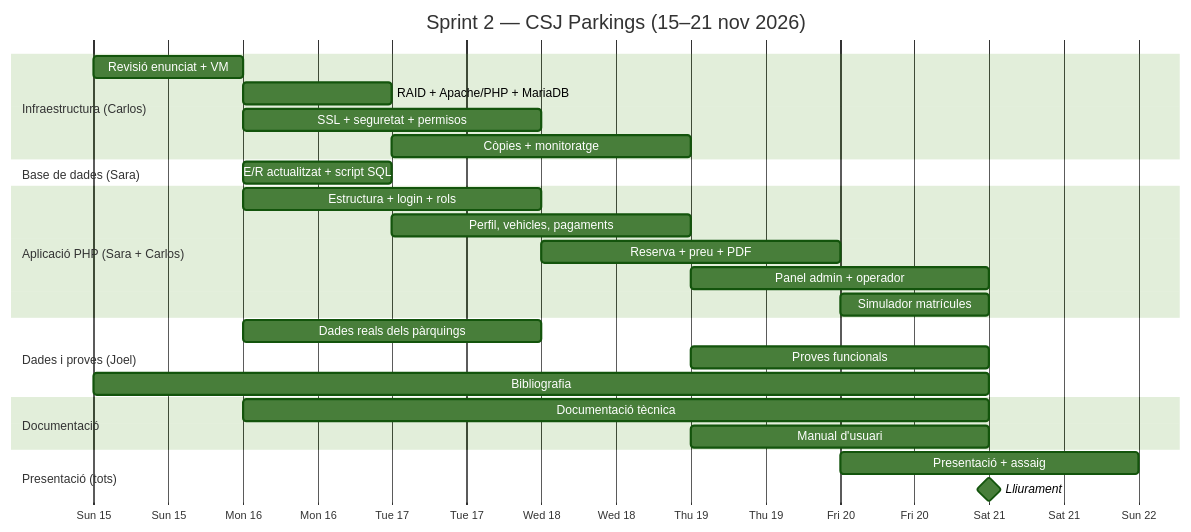
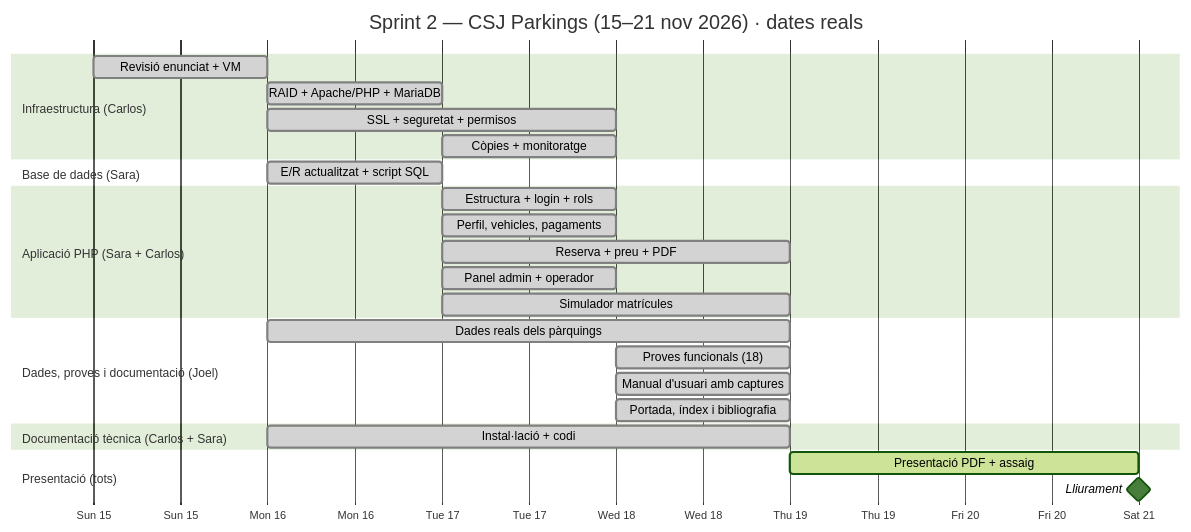
One commit to carlosxavierx/parkingcsj changed the diagram in proyecto_parking/docs/sprint2/03-planificacio-actualitzada.md. Above: the diagram before and after it, drawn with Mermaid (forest theme). The commit also changed other lines of this file and 3 other files, not shown here.

Commit message:
Sprint 2: planificacio i matriu de l'enunciat actualitzades, noms a la portada

````diff
--- a/proyecto_parking/docs/sprint2/03-planificacio-actualitzada.md
+++ b/proyecto_parking/docs/sprint2/03-planificacio-actualitzada.md
@@ -75,35 +82,35 @@
 ```mermaid
 gantt
-    title Sprint 2 — CSJ Parkings (15–21 nov 2026)
+    title Sprint 2 — CSJ Parkings (15–21 nov 2026) · dates reals
     dateFormat  YYYY-MM-DD
     axisFormat  %a %d
 
     section Infraestructura (Carlos)
-    Revisió enunciat + VM                    :t1, 2026-11-15, 1d
-    RAID + Apache/PHP + MariaDB               :t3, 2026-11-16, 1d
-    SSL + seguretat + permisos               :t4, 2026-11-16, 2d
-    Còpies + monitoratge                     :t5, 2026-11-17, 2d
+    Revisió enunciat + VM                    :done, t1, 2026-11-15, 1d
+    RAID + Apache/PHP + MariaDB              :done, t3, 2026-11-16, 1d
+    SSL + seguretat + permisos               :done, t4, 2026-11-16, 2d
+    Còpies + monitoratge                     :done, t5, 2026-11-17, 1d
 
     section Base de dades (Sara)
-    E/R actualitzat + script SQL             :t6, 2026-11-16, 1d
+    E/R actualitzat + script SQL             :done, t6, 2026-11-16, 1d
 
     section Aplicació PHP (Sara + Carlos)
-    Estructura + login + rols                :t8, 2026-11-16, 2d
-    Perfil, vehicles, pagaments              :t9, 2026-11-17, 2d
-    Reserva + preu + PDF                     :t10, 2026-11-18, 2d
-    Panel admin + operador                   :t11, 2026-11-19, 2d
-    Simulador matrícules                     :t12, 2026-11-20, 1d
+    Estructura + login + rols                :done, t8, 2026-11-17, 1d
+    Perfil, vehicles, pagaments              :done, t9, 2026-11-17, 1d
+    Reserva + preu + PDF                     :done, t10, 2026-11-17, 2d
+    Panel admin + operador                   :done, t11, 2026-11-17, 1d
+    Simulador matrícules                     :done, t12, 2026-11-17, 2d
 
-    section Dades i proves (Joel)
-    Dades reals dels pàrquings               :t7, 2026-11-16, 2d
-    Proves funcionals                        :t13, 2026-11-19, 2d
-    Bibliografia                             :t16, 2026-11-15, 6d
+    section Dades, proves i documentació (Joel)
+    Dades reals dels pàrquings               :done, t7, 2026-11-16, 3d
+    Proves funcionals (18)                   :done, t13, 2026-11-18, 1d
+    Manual d'usuari amb captures             :done, t14, 2026-11-18, 1d
+    Portada, índex i bibliografia            :done, t16, 2026-11-18, 1d
 
-    section Documentació
-    Documentació tècnica                     :t15, 2026-11-16, 5d
-    Manual d'usuari                          :t14, 2026-11-19, 2d
+    section Documentació tècnica (Carlos + Sara)
+    Instal·lació + codi                      :done, t15, 2026-11-16, 3d
 
     section Presentació (tots)
-    Presentació + assaig                     :t17, 2026-11-20, 2d
+    Presentació PDF + assaig                 :active, t17, 2026-11-19, 2d
     Lliurament                               :milestone, t18, 2026-11-21, 0d
 ```
````
